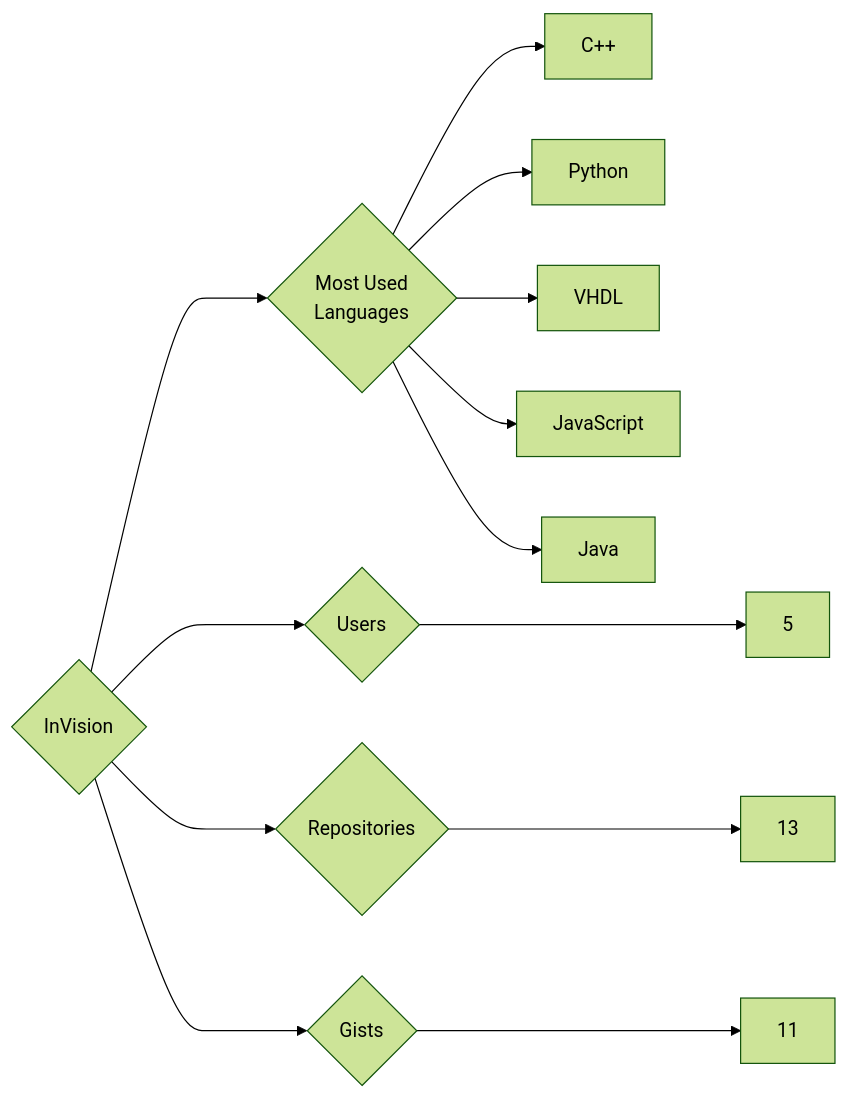
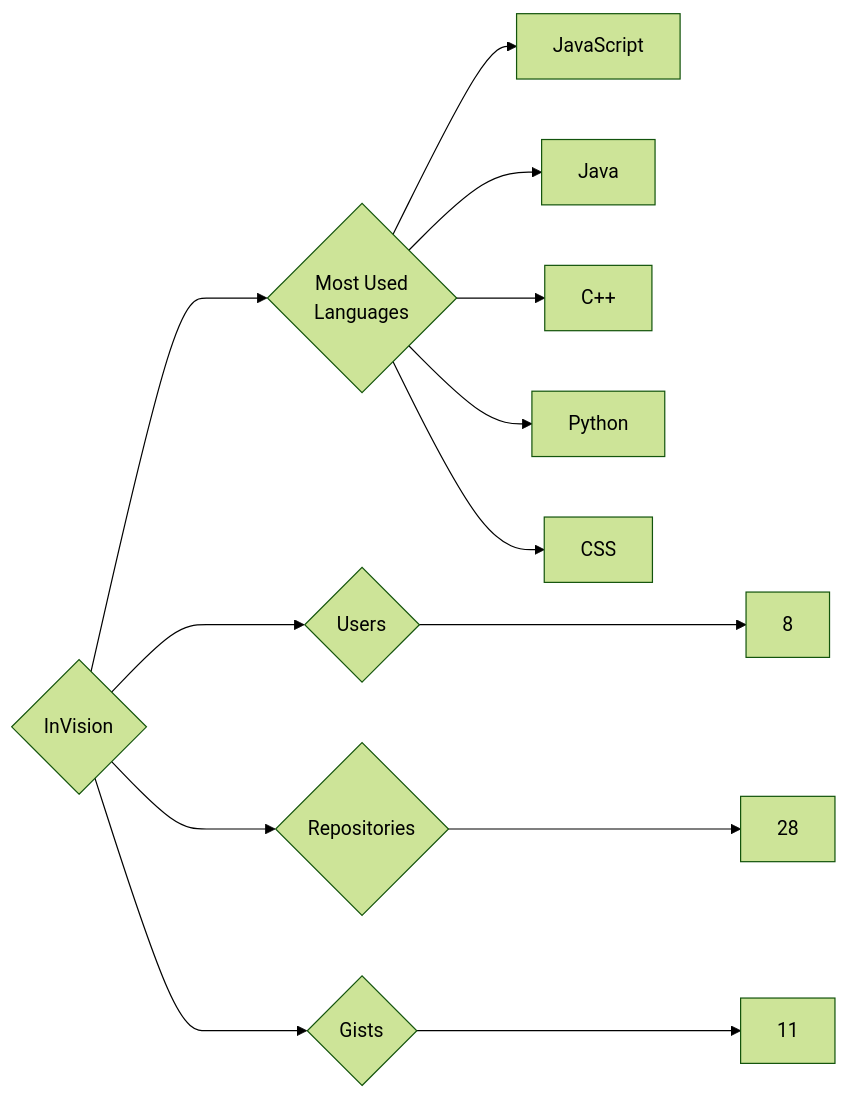
The diagram in targets/InVision/README.md (trickest/insiders), drawn with Mermaid (forest theme) before and after one commit. The commit also changed 1148 other files, not shown here.

````diff
--- a/targets/InVision/README.md
+++ b/targets/InVision/README.md
@@ -3,13 +3,13 @@
 ```mermaid
 graph LR
 COMPANY_NAME{InVision}
-COMPANY_NAME ---> U{Users} ---> UN[5]
-COMPANY_NAME ---> R{Repositories} ---> RN[13]
+COMPANY_NAME ---> U{Users} ---> UN[8]
+COMPANY_NAME ---> R{Repositories} ---> RN[28]
 COMPANY_NAME ---> G{Gists} ---> GN[11]
 COMPANY_NAME ---> ML{Most Used<br>Languages}
+ML --> JavaScript[JavaScript]
+ML --> Java[Java]
 ML --> C++[C++]
 ML --> Python[Python]
-ML --> VHDL[VHDL]
-ML --> JavaScript[JavaScript]
-ML --> Java[Java]
+ML --> CSS[CSS]
 ```
````
